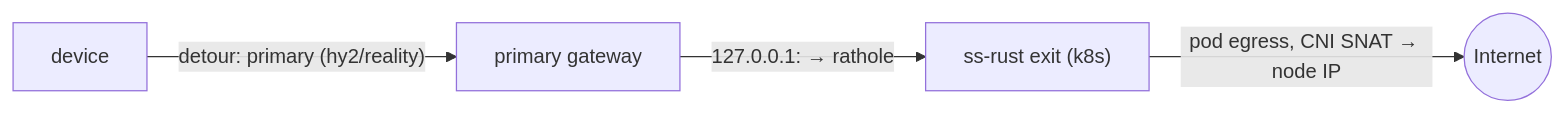
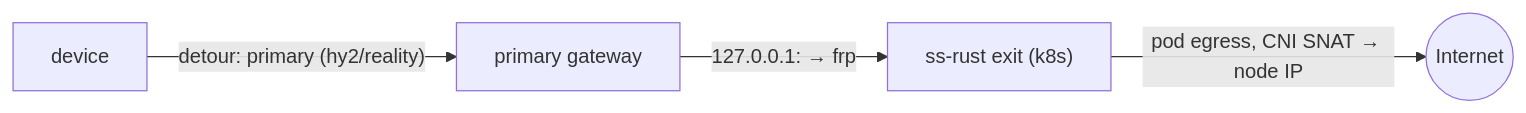
One commit to radiosilence/jaritanet changed the sixth of 6 diagrams in docs/architecture.md. Above: the diagram before and after it, drawn with Mermaid. The commit also changed other lines of this file and 12 other files, not shown here.

First line of the commit message:
feat(tunnel): replace rathole with frp (TCP + UDP everywhere) (#74)

````diff
--- a/docs/architecture.md
+++ b/docs/architecture.md
@@ -309,6 +316,6 @@
 ```mermaid
 flowchart LR
     DEV["device"] -->|"detour: primary (hy2/reality)"| GW["primary gateway"]
-    GW -->|"127.0.0.1:<port> → rathole"| SS["ss-rust exit (k8s)"]
+    GW -->|"127.0.0.1:<port> → frp"| SS["ss-rust exit (k8s)"]
     SS -->|"pod egress, CNI SNAT → node IP"| INET(("Internet"))
 ```
````
